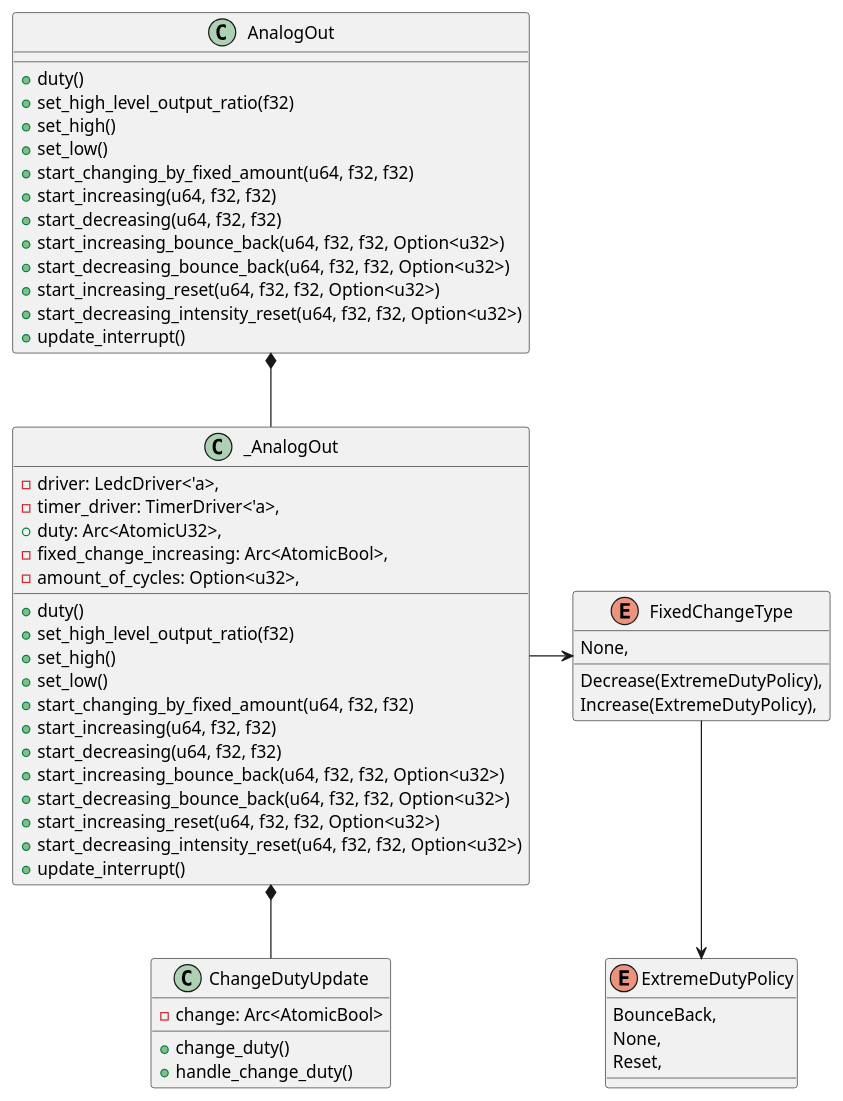
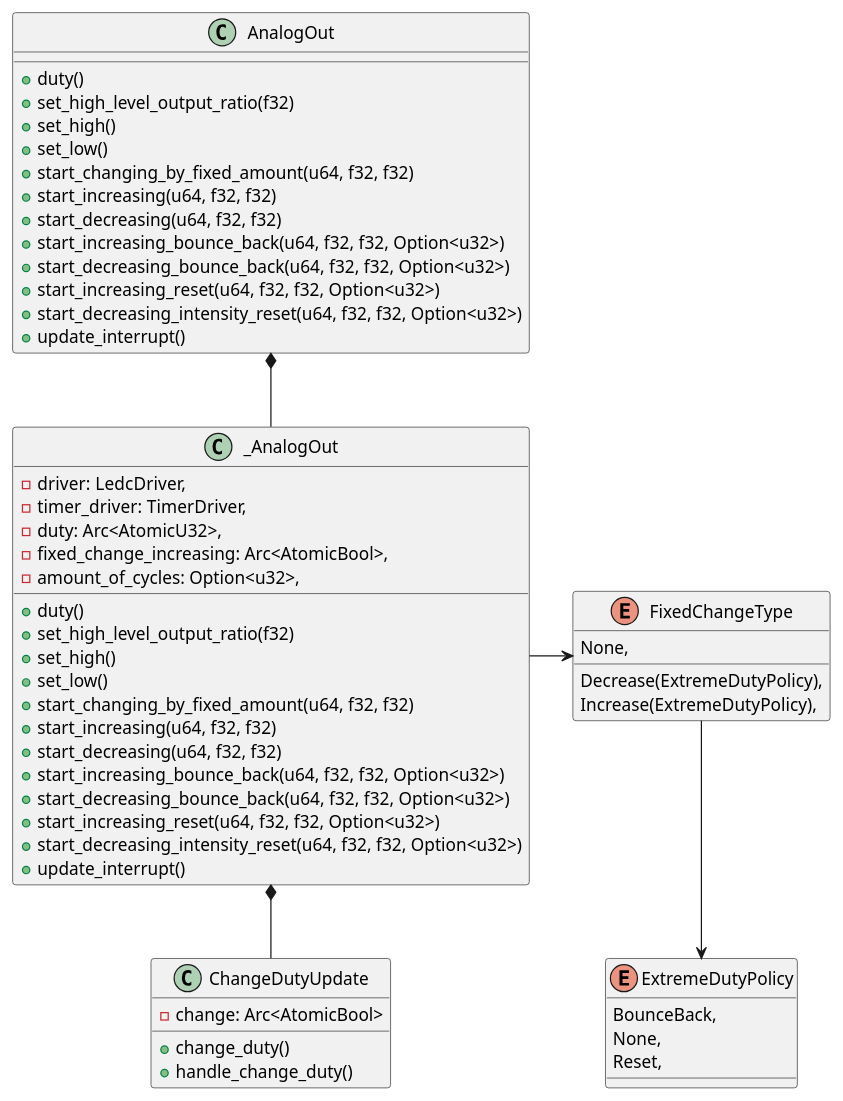
The diagram in diagrams/analog_out.puml (esp32framework/esp32framework), drawn with PlantUML before and after one commit. The commit also changed 3 other files, not shown here.

Commit message:
Microcontroller diagram update

```diff
--- a/diagrams/analog_out.puml
+++ b/diagrams/analog_out.puml
@@ -1,61 +1,60 @@
 @startuml analog_out
 class AnalogOut {
     + duty()
     + set_high_level_output_ratio(f32)
     + set_high()
     + set_low()
     + start_changing_by_fixed_amount(u64, f32, f32)
     + start_increasing(u64, f32, f32)
     + start_decreasing(u64, f32, f32)
     + start_increasing_bounce_back(u64, f32, f32, Option<u32>)
     + start_decreasing_bounce_back(u64, f32, f32, Option<u32>)
     + start_increasing_reset(u64, f32, f32, Option<u32>)
     + start_decreasing_intensity_reset(u64, f32, f32, Option<u32>)
     + update_interrupt()
 }
 
 class _AnalogOut{
-    -driver: LedcDriver<'a>,
-    -timer_driver: TimerDriver<'a>,
-    +duty: Arc<AtomicU32>,
+    -driver: LedcDriver,
+    -timer_driver: TimerDriver,
+    -duty: Arc<AtomicU32>,
     -fixed_change_increasing: Arc<AtomicBool>,
     -amount_of_cycles: Option<u32>,
     + duty()
     + set_high_level_output_ratio(f32)
     + set_high()
     + set_low()
     + start_changing_by_fixed_amount(u64, f32, f32)
     + start_increasing(u64, f32, f32)
     + start_decreasing(u64, f32, f32)
     + start_increasing_bounce_back(u64, f32, f32, Option<u32>)
     + start_decreasing_bounce_back(u64, f32, f32, Option<u32>)
     + start_increasing_reset(u64, f32, f32, Option<u32>)
     + start_decreasing_intensity_reset(u64, f32, f32, Option<u32>)
     + update_interrupt()
-
 }
 
 class ChangeDutyUpdate{
     -change: Arc<AtomicBool>
     +change_duty()
     +handle_change_duty()
 }
 
 enum FixedChangeType {
     None,
     Decrease(ExtremeDutyPolicy),
     Increase(ExtremeDutyPolicy),
 }
 
 enum ExtremeDutyPolicy{
     BounceBack,
     None,
     Reset,
 }
 
 AnalogOut *-- _AnalogOut
 _AnalogOut *-- ChangeDutyUpdate
 _AnalogOut -> FixedChangeType
 FixedChangeType --> ExtremeDutyPolicy
 
 @enduml
```
